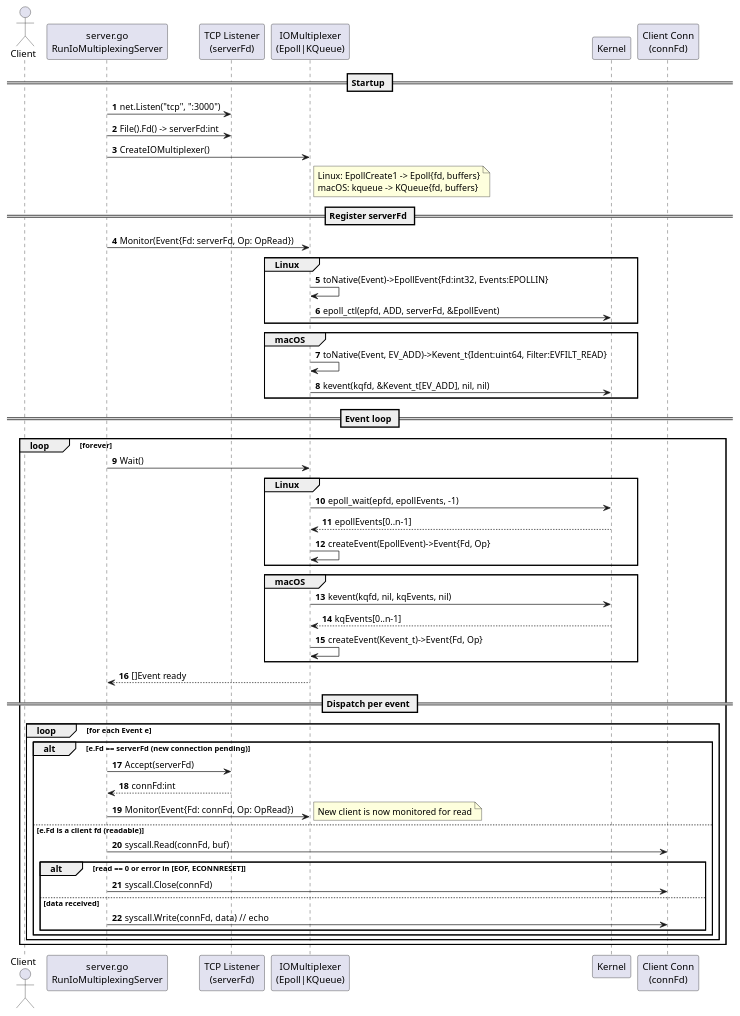
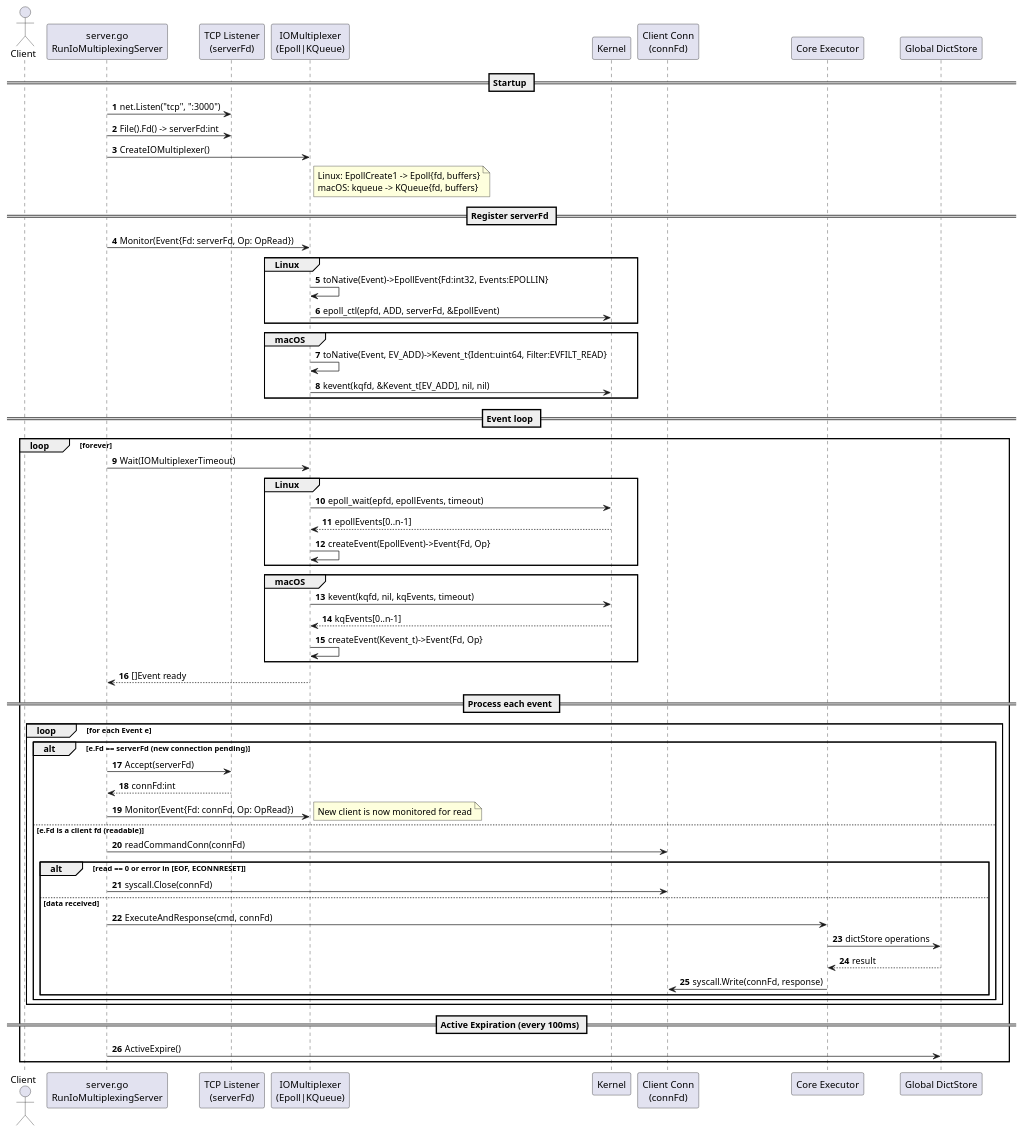
The diagram in doc/IOMultiplexing_flow.puml (kevdn/goredis-lite), drawn with PlantUML before and after one commit. The commit also changed 15 other files, not shown here.

Commit message:
feat: implement shared-nothing architecture

```diff
--- a/doc/IOMultiplexing_flow.puml
+++ b/doc/IOMultiplexing_flow.puml
@@ -1,64 +1,73 @@
 @startuml
 autonumber
 actor Client
 
 participant "server.go\nRunIoMultiplexingServer" as S
 participant "TCP Listener\n(serverFd)" as L
 participant "IOMultiplexer\n(Epoll|KQueue)" as M
 participant "Kernel" as K
 participant "Client Conn\n(connFd)" as C
+participant "Core Executor" as E
+participant "Global DictStore" as D
 
 == Startup ==
 S -> L: net.Listen("tcp", ":3000")
 S -> L: File().Fd() -> serverFd:int
 S -> M: CreateIOMultiplexer()
 note right of M
   Linux: EpollCreate1 -> Epoll{fd, buffers}
   macOS: kqueue -> KQueue{fd, buffers}
 end note
 
 == Register serverFd ==
 S -> M: Monitor(Event{Fd: serverFd, Op: OpRead})
 group Linux
   M -> M: toNative(Event)->EpollEvent{Fd:int32, Events:EPOLLIN}
   M -> K: epoll_ctl(epfd, ADD, serverFd, &EpollEvent)
 end
 group macOS
   M -> M: toNative(Event, EV_ADD)->Kevent_t{Ident:uint64, Filter:EVFILT_READ}
   M -> K: kevent(kqfd, &Kevent_t[EV_ADD], nil, nil)
 end
 
 == Event loop ==
 loop forever
-  S -> M: Wait()
+  S -> M: Wait(IOMultiplexerTimeout)
   group Linux
-    M -> K: epoll_wait(epfd, epollEvents, -1)
+    M -> K: epoll_wait(epfd, epollEvents, timeout)
     K --> M: epollEvents[0..n-1]
     M -> M: createEvent(EpollEvent)->Event{Fd, Op}
   end
   group macOS
-    M -> K: kevent(kqfd, nil, kqEvents, nil)
+    M -> K: kevent(kqfd, nil, kqEvents, timeout)
     K --> M: kqEvents[0..n-1]
     M -> M: createEvent(Kevent_t)->Event{Fd, Op}
   end
   M --> S: []Event ready
-  == Dispatch per event ==
+  
+  == Process each event ==
   loop for each Event e
     alt e.Fd == serverFd (new connection pending)
       S -> L: Accept(serverFd)
       L --> S: connFd:int
       S -> M: Monitor(Event{Fd: connFd, Op: OpRead})
       note right
         New client is now monitored for read
       end note
     else e.Fd is a client fd (readable)
-      S -> C: syscall.Read(connFd, buf)
+      S -> C: readCommandConn(connFd)
       alt read == 0 or error in [EOF, ECONNRESET]
         S -> C: syscall.Close(connFd)
       else data received
-        S -> C: syscall.Write(connFd, data)  // echo
+        S -> E: ExecuteAndResponse(cmd, connFd)
+        E -> D: dictStore operations
+        D --> E: result
+        E -> C: syscall.Write(connFd, response)
       end
     end
   end
+  
+  == Active Expiration (every 100ms) ==
+  S -> D: ActiveExpire()
 end
 @enduml
```
